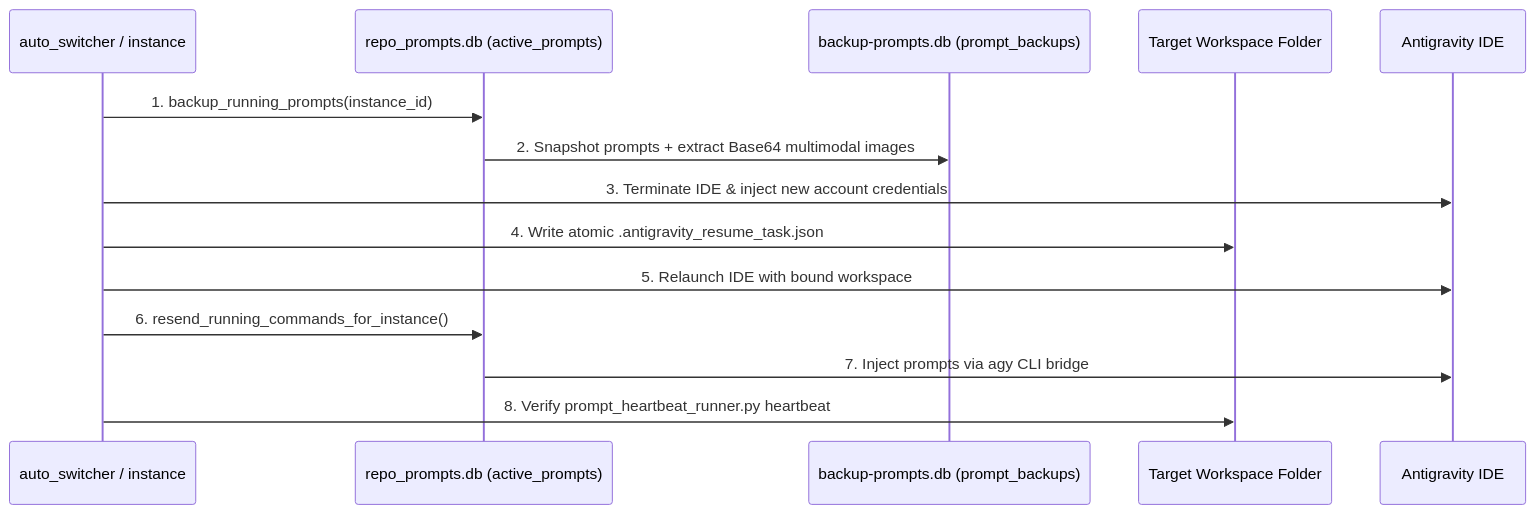
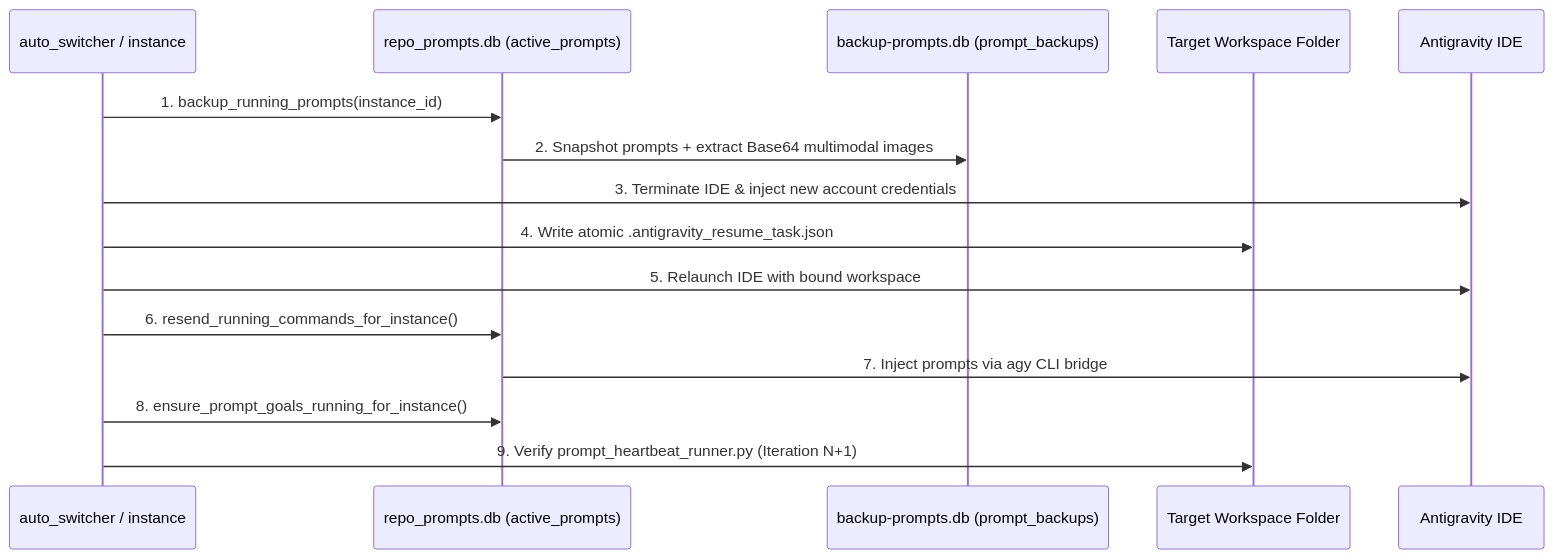
Before and after one commit to alimtvnetwork/Antigravity-Manager: the diagram in .agents/skills/agm-prompt-backup-resumption/skill.md, drawn with Mermaid. The commit also changed other lines of this file and 49 other files, not shown here.

````diff
--- a/.agents/skills/agm-prompt-backup-resumption/skill.md
+++ b/.agents/skills/agm-prompt-backup-resumption/skill.md
@@ -14,17 +14,18 @@
 ```mermaid
 sequenceDiagram
     participant Switcher as auto_switcher / instance
     participant RepoDB as repo_prompts.db (active_prompts)
     participant BackupDB as backup-prompts.db (prompt_backups)
     participant Workspace as Target Workspace Folder
     participant IDE as Antigravity IDE
 
     Switcher->>RepoDB: 1. backup_running_prompts(instance_id)
     RepoDB->>BackupDB: 2. Snapshot prompts + extract Base64 multimodal images
     Switcher->>IDE: 3. Terminate IDE & inject new account credentials
     Switcher->>Workspace: 4. Write atomic .antigravity_resume_task.json
     Switcher->>IDE: 5. Relaunch IDE with bound workspace
     Switcher->>RepoDB: 6. resend_running_commands_for_instance()
     RepoDB->>IDE: 7. Inject prompts via agy CLI bridge
-    Switcher->>Workspace: 8. Verify prompt_heartbeat_runner.py heartbeat
+    Switcher->>RepoDB: 8. ensure_prompt_goals_running_for_instance()
+    Switcher->>Workspace: 9. Verify prompt_heartbeat_runner.py (Iteration N+1)
 ```
````
